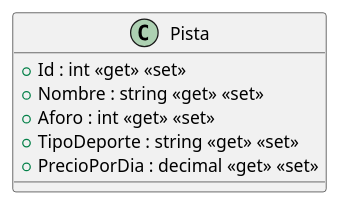
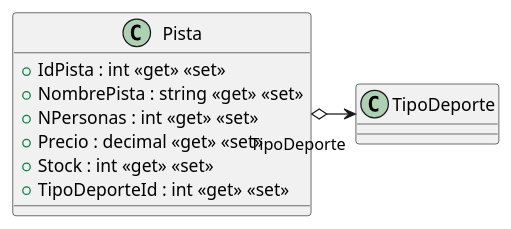
The diagram in src/AppForSEII.API/ClassDiagram/Pista.puml (2026-27AstonMartin/ISII2627AstonMartin), drawn with PlantUML before and after one commit. The commit also changed 3 other files, not shown here.

Commit message:
Actualizar clase Pista según el diagrama (#50)

```diff
--- a/src/AppForSEII.API/ClassDiagram/Pista.puml
+++ b/src/AppForSEII.API/ClassDiagram/Pista.puml
@@ -1,9 +1,11 @@
 @startuml
 class Pista {
-    + Id : int <<get>> <<set>>
-    + Nombre : string <<get>> <<set>>
-    + Aforo : int <<get>> <<set>>
-    + TipoDeporte : string <<get>> <<set>>
-    + PrecioPorDia : decimal <<get>> <<set>>
+    + IdPista : int <<get>> <<set>>
+    + NombrePista : string <<get>> <<set>>
+    + NPersonas : int <<get>> <<set>>
+    + Precio : decimal <<get>> <<set>>
+    + Stock : int <<get>> <<set>>
+    + TipoDeporteId : int <<get>> <<set>>
 }
+Pista o-> "TipoDeporte" TipoDeporte
 @enduml
```
